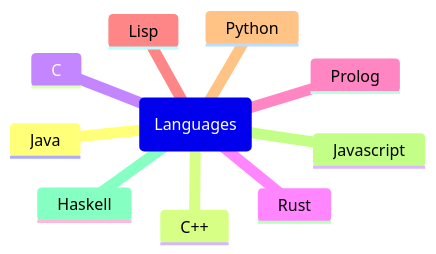
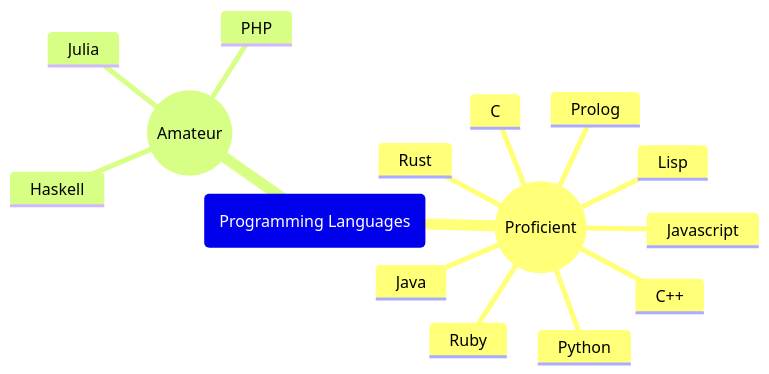
Before and after one commit to frefolli/frefolli: the second of 6 diagrams in README.md, drawn with Mermaid. The commit also changed other lines of this file and 1 other file, not shown here.

````diff
--- a/README.md
+++ b/README.md
@@ -13,13 +47,18 @@
 ```mermaid
 mindmap
-  root(Languages)
-    Java
-    C++
-    C
-    Rust
-    Prolog
-    Lisp
-    Python
-    Javascript
-    Haskell
+  root(Programming Languages)
+    ((Proficient))
+      Java
+      C++
+      C
+      Rust
+      Prolog
+      Lisp
+      Python
+      Javascript
+      Ruby
+    ((Amateur))
+      Haskell
+      Julia
+      PHP
 ```
````
